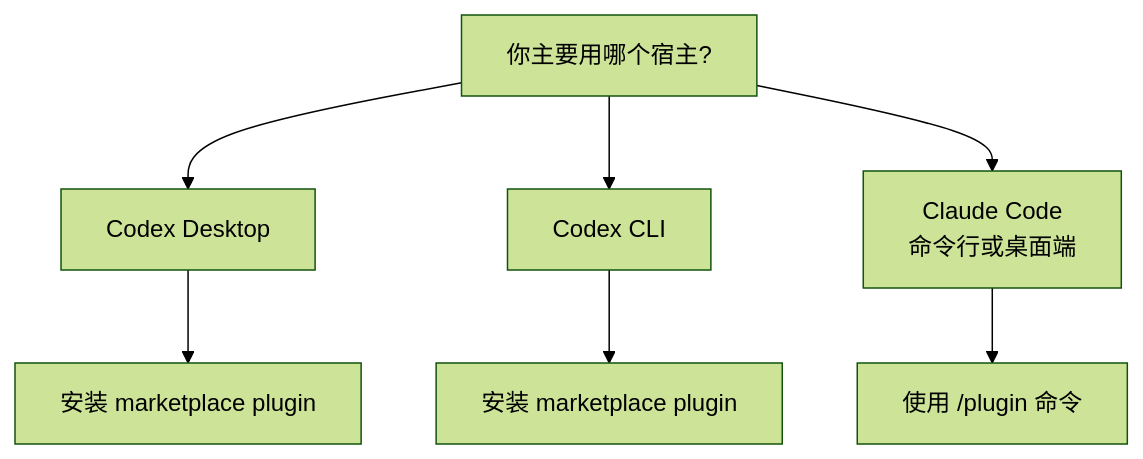
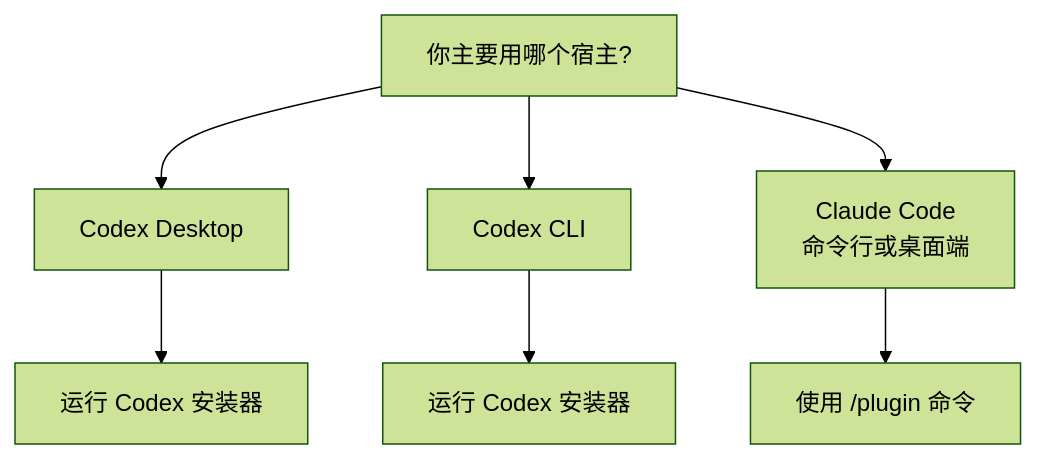
The third of 3 diagrams in README.zh-CN.md (sssstwee/tastedistill), drawn with Mermaid (forest theme) before and after one commit. The commit also changed other lines of this file and 9 other files, not shown here.

````diff
--- a/README.zh-CN.md
+++ b/README.zh-CN.md
@@ -185,9 +185,9 @@
 ```mermaid
 flowchart TD
     A["你主要用哪个宿主?"] --> B["Codex Desktop"]
     A --> C["Codex CLI"]
     A --> D["Claude Code<br/>命令行或桌面端"]
-    B --> F["安装 marketplace plugin"]
-    C --> G["安装 marketplace plugin"]
+    B --> F["运行 Codex 安装器"]
+    C --> G["运行 Codex 安装器"]
     D --> H["使用 /plugin 命令"]
 ```
````
